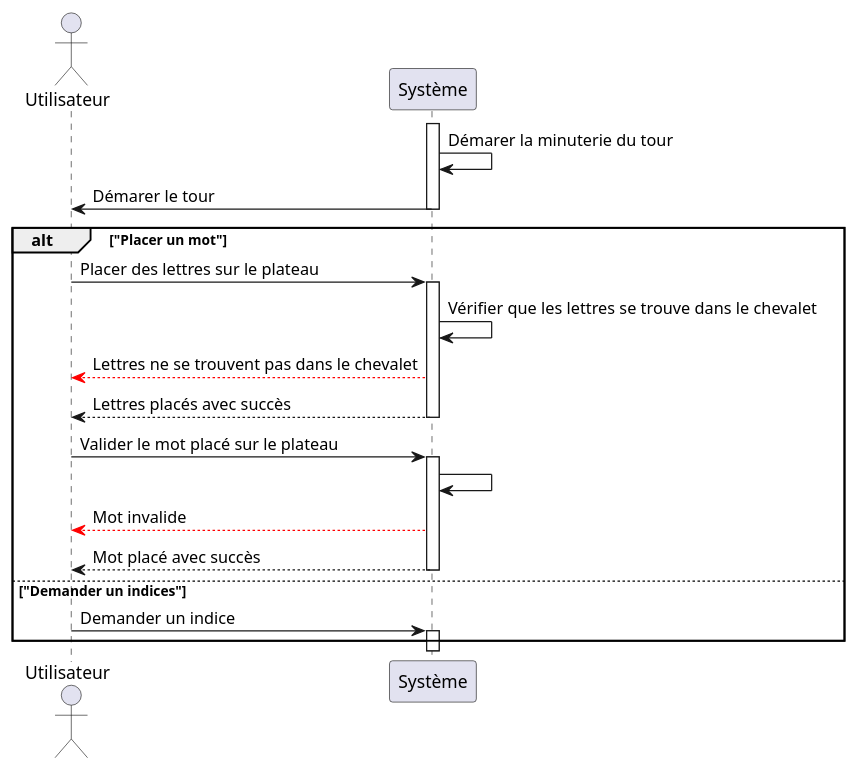
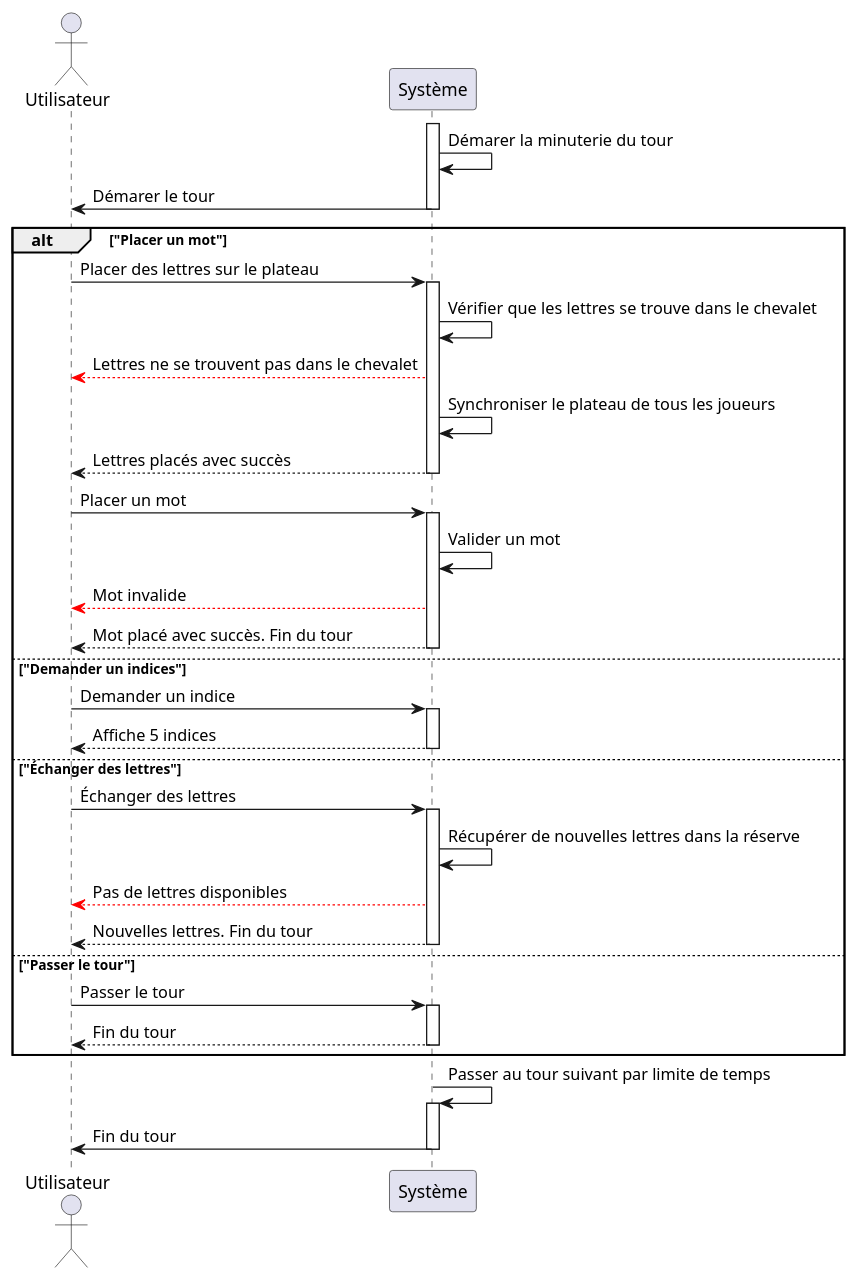
Diagram 16 of 16 in doc/LOG3900-110_Architecture_Logiciel.md (yasskadd/Scrabble), drawn with PlantUML before and after one commit. The commit also changed other lines of this file, not shown here.

Commit message:
more UML

```diff
--- a/doc/LOG3900-110_Architecture_Logiciel.md
+++ b/doc/LOG3900-110_Architecture_Logiciel.md
@@ -367,26 +631,41 @@
 @startuml
 
 actor Utilisateur as user
 participant "Système" as system
 
 activate system
 system -> system: Démarer la minuterie du tour
 user <- system: Démarer le tour
 deactivate system
 
 alt "Placer un mot"
 user -> system ++: Placer des lettres sur le plateau
 system -> system: Vérifier que les lettres se trouve dans le chevalet
 user <-[#red]- system: Lettres ne se trouvent pas dans le chevalet
+system -> system: Synchroniser le plateau de tous les joueurs
 return Lettres placés avec succès
 
-user -> system ++: Valider le mot placé sur le plateau
-system -> system:
+user -> system ++: Placer un mot
+system -> system: Valider un mot
 user <-[#red]- system: Mot invalide
 
-    return Mot placé avec succès
+    return Mot placé avec succès. Fin du tour
 
 else "Demander un indices"
 user -> system ++: Demander un indice
+return Affiche 5 indices
+else "Échanger des lettres"
+user -> system ++: Échanger des lettres
+system -> system: Récupérer de nouvelles lettres dans la réserve
+user <-[#red]- system: Pas de lettres disponibles
+return Nouvelles lettres. Fin du tour
+else "Passer le tour"
+user -> system ++: Passer le tour
+return Fin du tour
 end
+
+system-> system ++: Passer au tour suivant par limite de temps
+user <- system: Fin du tour
+deactivate system
+
 @enduml
```
